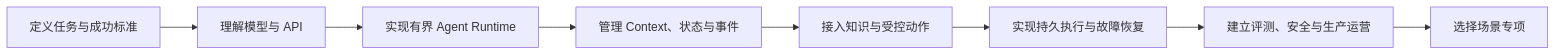
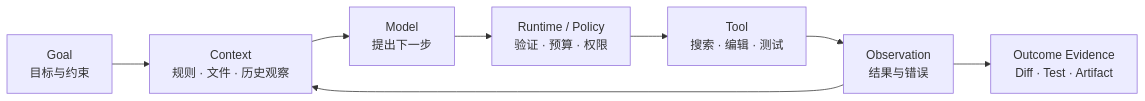
Before and after one commit to whatthehan/masterpiece-static-docs: the diagram in site/01-导读/01-如何阅读这本书.md, drawn with Mermaid. The commit also changed other lines of this file and 252 other files, not shown here.

````diff
--- a/site/01-导读/01-如何阅读这本书.md
+++ b/site/01-导读/01-如何阅读这本书.md
@@ -50,10 +13,10 @@
 ```mermaid
 flowchart LR
-    P["定义任务与成功标准"] --> M["理解模型与 API"]
-    M --> R["实现有界 Agent Runtime"]
-    R --> C["管理 Context、状态与事件"]
-    C --> K["接入知识与受控动作"]
-    K --> D["实现持久执行与故障恢复"]
-    D --> O["建立评测、安全与生产运营"]
-    O --> S["选择场景专项"]
+    G["Goal<br/>目标与约束"] --> C["Context<br/>规则 · 文件 · 历史观察"]
+    C --> M["Model<br/>提出下一步"]
+    M --> V["Runtime / Policy<br/>验证 · 预算 · 权限"]
+    V --> T["Tool<br/>搜索 · 编辑 · 测试"]
+    T --> O["Observation<br/>结果与错误"]
+    O --> C
+    O --> E["Outcome Evidence<br/>Diff · Test · Artifact"]
 ```
````
